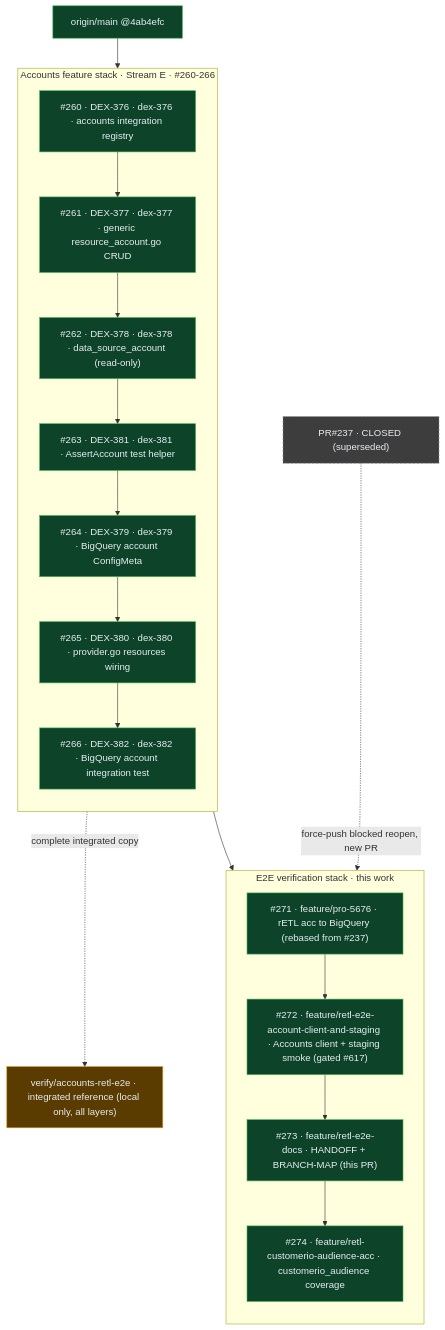
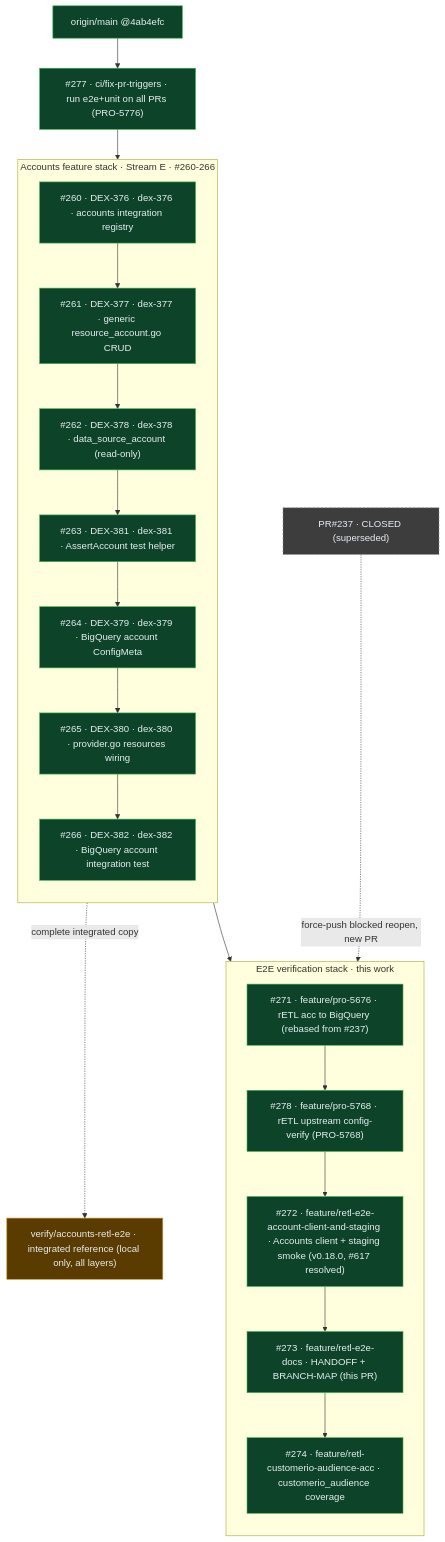
One commit to rudderlabs/terraform-provider-rudderstack changed the second of 2 diagrams in test/e2e/staging/BRANCH-MAP.md. Above: the diagram before and after it, drawn with Mermaid. The commit also changed other lines of this file, not shown here.

First line of the commit message:
docs(branch-map): linear tree on #277; v0.18.0; #278 inserted; #617 resolved

````diff
--- a/test/e2e/staging/BRANCH-MAP.md
+++ b/test/e2e/staging/BRANCH-MAP.md
@@ -42,36 +42,39 @@
 ```mermaid
 flowchart TD
   main["origin/main @4ab4efc"]:::remote
 
   subgraph ACC["Accounts feature stack · Stream E · #260-266"]
     direction TB
     d376["#260 · DEX-376 · dex-376 · accounts integration registry"]:::remote
     d377["#261 · DEX-377 · dex-377 · generic resource_account.go CRUD"]:::remote
     d378["#262 · DEX-378 · dex-378 · data_source_account (read-only)"]:::remote
     d381["#263 · DEX-381 · dex-381 · AssertAccount test helper"]:::remote
     d379["#264 · DEX-379 · dex-379 · BigQuery account ConfigMeta"]:::remote
     d380["#265 · DEX-380 · dex-380 · provider.go resources wiring"]:::remote
     d382["#266 · DEX-382 · dex-382 · BigQuery account integration test"]:::remote
     d376 --> d377 --> d378 --> d381 --> d379 --> d380 --> d382
   end
 
   subgraph VER["E2E verification stack · this work"]
     direction TB
     pr1["#271 · feature/pro-5676 · rETL acc to BigQuery (rebased from #237)"]:::remote
-    pr2["#272 · feature/retl-e2e-account-client-and-staging · Accounts client + staging smoke (gated #617)"]:::remote
+    pcv["#278 · feature/pro-5768 · rETL upstream config-verify (PRO-5768)"]:::remote
+    pr2["#272 · feature/retl-e2e-account-client-and-staging · Accounts client + staging smoke (v0.18.0, #617 resolved)"]:::remote
     pr3["#273 · feature/retl-e2e-docs · HANDOFF + BRANCH-MAP (this PR)"]:::remote
     pr4["#274 · feature/retl-customerio-audience-acc · customerio_audience coverage"]:::remote
-    pr1 --> pr2 --> pr3 --> pr4
+    pr1 --> pcv --> pr2 --> pr3 --> pr4
   end
 
-  main --> d376
+  ci277["#277 · ci/fix-pr-triggers · run e2e+unit on all PRs (PRO-5776)"]:::remote
+  main --> ci277
+  ci277 --> d376
   d382 --> pr1
   p237["PR#237 · CLOSED (superseded)"]:::closed
   p237 -. "force-push blocked reopen, new PR" .-> pr1
   verify["verify/accounts-retl-e2e · integrated reference (local only, all layers)"]:::localonly
   d382 -. "complete integrated copy" .-> verify
 
   classDef remote fill:#0d4429,stroke:#3fb950,color:#e6edf3;
   classDef localonly fill:#5a3b00,stroke:#d29922,color:#e6edf3;
   classDef closed fill:#3d3d3d,stroke:#8b949e,color:#e6edf3,stroke-dasharray:4 3;
 ```
````
